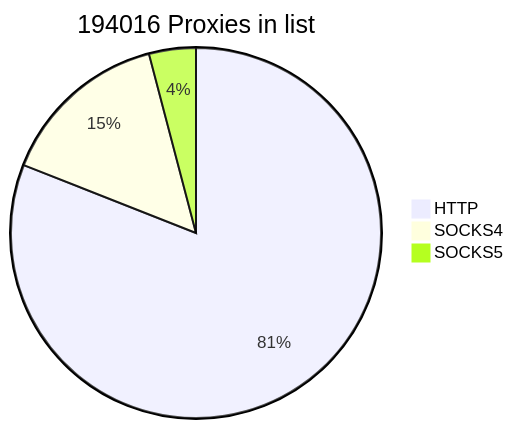
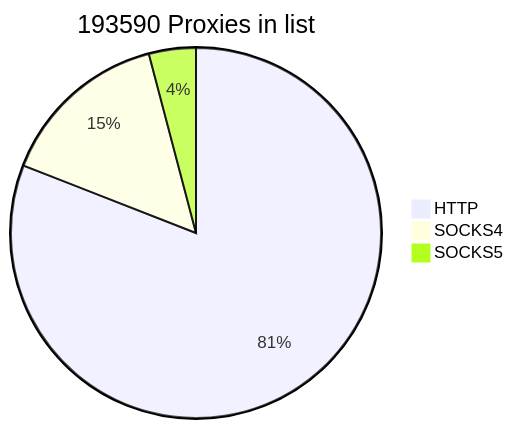
The first of 2 diagrams in README.md (cutipu/proxylist), drawn with Mermaid before and after one commit. The commit also changed other lines of this file, not shown here.

````diff
--- a/README.md
+++ b/README.md
@@ -2,7 +2,7 @@
 ```mermaid
-pie title 194016 Proxies in list
-    "HTTP" : 157101
-    "SOCKS4" : 28981
+pie title 193590 Proxies in list
+    "HTTP" : 156676
+    "SOCKS4" : 28980
     "SOCKS5" : 7934
             
 ```
````
